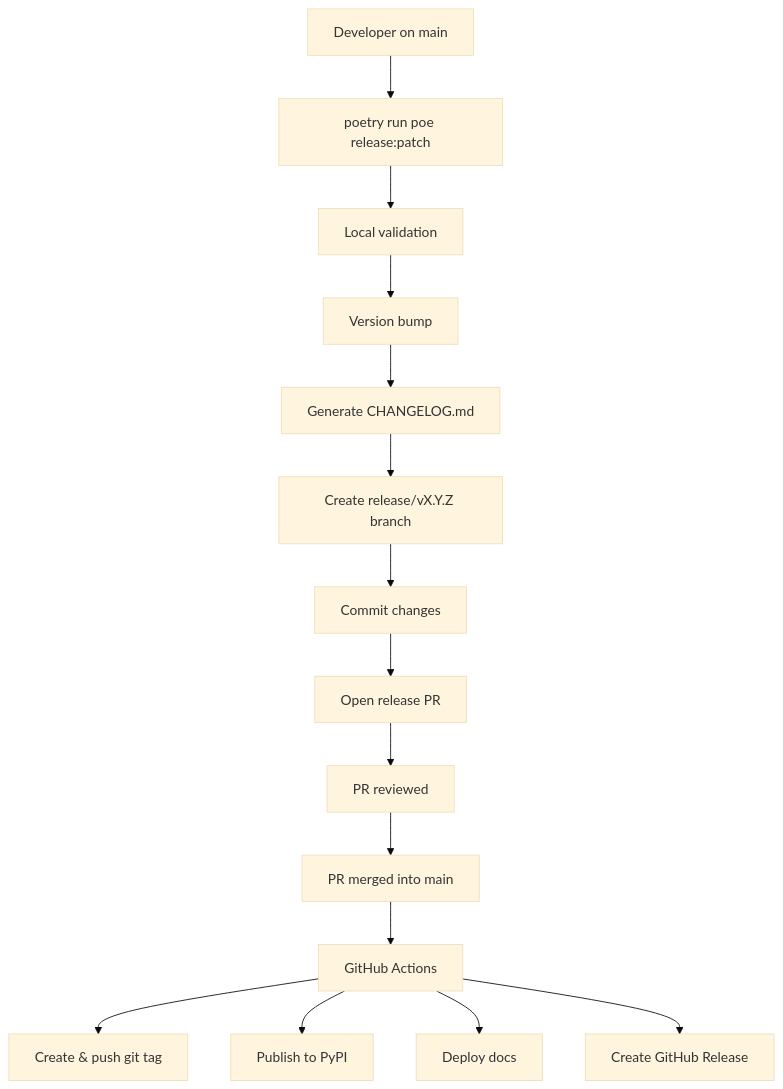
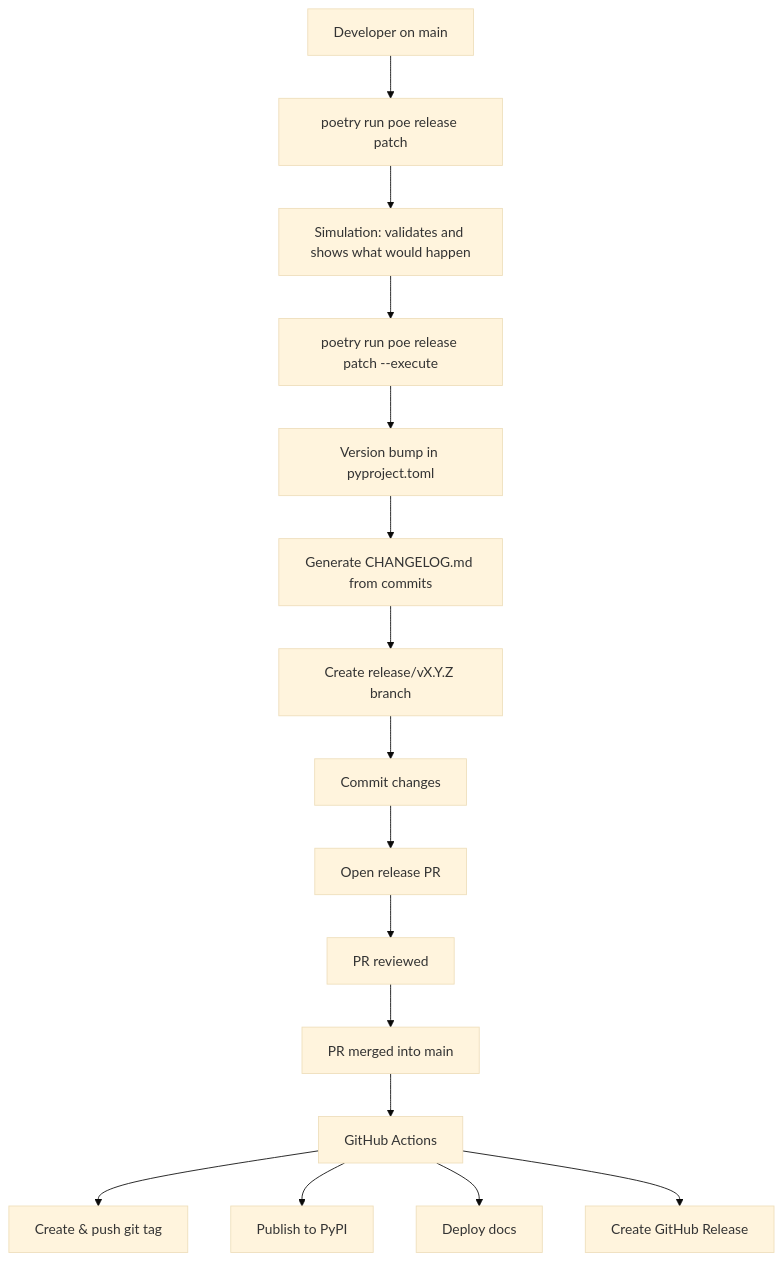
One commit to forging-blocks-org/forging-blocks changed the diagram in RELEASE_GUIDE.md. Above: the diagram before and after it, drawn with Mermaid (base theme). The commit also changed other lines of this file and 2 other files, not shown here.

Commit message:
refactor: adjusting docs to new release script syntax

````diff
--- a/RELEASE_GUIDE.md
+++ b/RELEASE_GUIDE.md
@@ -207,17 +209,18 @@
 ```mermaid
 flowchart TD
-    A[Developer on main] --> B[poetry run poe release:patch]
-    B --> C[Local validation]
-    C --> D[Version bump]
-    D --> E[Generate CHANGELOG.md]
-    E --> F[Create release/vX.Y.Z branch]
-    F --> G[Commit changes]
-    G --> H[Open release PR]
-    H --> I[PR reviewed]
-    I --> J[PR merged into main]
-    J --> K[GitHub Actions]
-    K --> L[Create & push git tag]
-    K --> M[Publish to PyPI]
-    K --> N[Deploy docs]
-    K --> O[Create GitHub Release]
+    A[Developer on main] --> B[poetry run poe release patch]
+    B --> C[Simulation: validates and shows what would happen]
+    C --> D[poetry run poe release patch --execute]
+    D --> E[Version bump in pyproject.toml]
+    E --> F[Generate CHANGELOG.md from commits]
+    F --> G[Create release/vX.Y.Z branch]
+    G --> H[Commit changes]
+    H --> I[Open release PR]
+    I --> J[PR reviewed]
+    J --> K[PR merged into main]
+    K --> L[GitHub Actions]
+    L --> M[Create & push git tag]
+    L --> N[Publish to PyPI]
+    L --> O[Deploy docs]
+    L --> P[Create GitHub Release]
 ```
````
